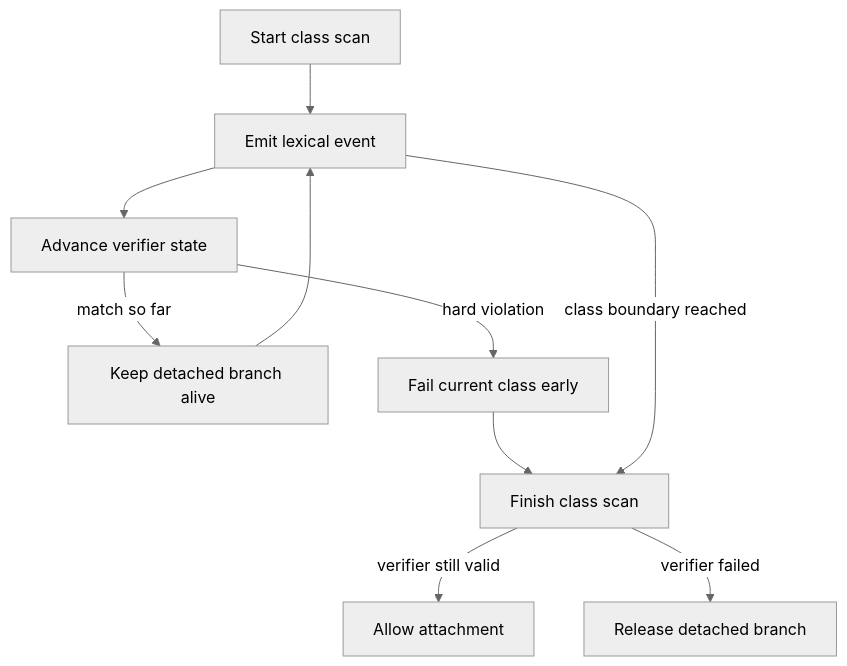
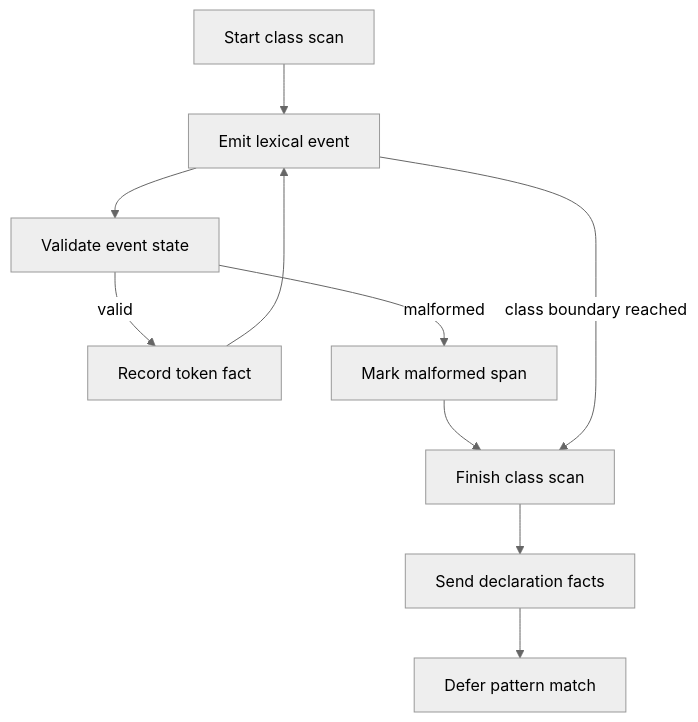
Before and after one commit to JohnAndrewBalbarosa/NeoTerritory: the diagram in docs/Codebase/Microservice/Modules/Source/Analysis/Lexical/StructureVerification/core.cpp.md, drawn with Mermaid (neutral theme). The commit also changed other lines of this file and 182 other files, not shown here.

````diff
--- a/docs/Codebase/Microservice/Modules/Source/Analysis/Lexical/StructureVerification/core.cpp.md
+++ b/docs/Codebase/Microservice/Modules/Source/Analysis/Lexical/StructureVerification/core.cpp.md
@@ -33,17 +33,16 @@
 ```mermaid
 flowchart TD
     N0["Start class scan"]
     N1["Emit lexical event"]
-    N2["Advance verifier state"]
-    N3["Keep detached branch alive"]
-    N4["Fail current class early"]
+    N2["Validate event state"]
+    N3["Record token fact"]
+    N4["Mark malformed span"]
     N5["Finish class scan"]
-    N6["Allow attachment"]
-    N7["Release detached branch"]
+    N6["Send declaration facts"]
+    N7["Defer pattern match"]
     N0 --> N1 --> N2
-    N2 -->|match so far| N3 --> N1
-    N2 -->|hard violation| N4 --> N5
+    N2 -->|valid| N3 --> N1
+    N2 -->|malformed| N4 --> N5
     N1 -->|class boundary reached| N5
-    N5 -->|verifier still valid| N6
-    N5 -->|verifier failed| N7
+    N5 --> N6 --> N7
 ```
````
